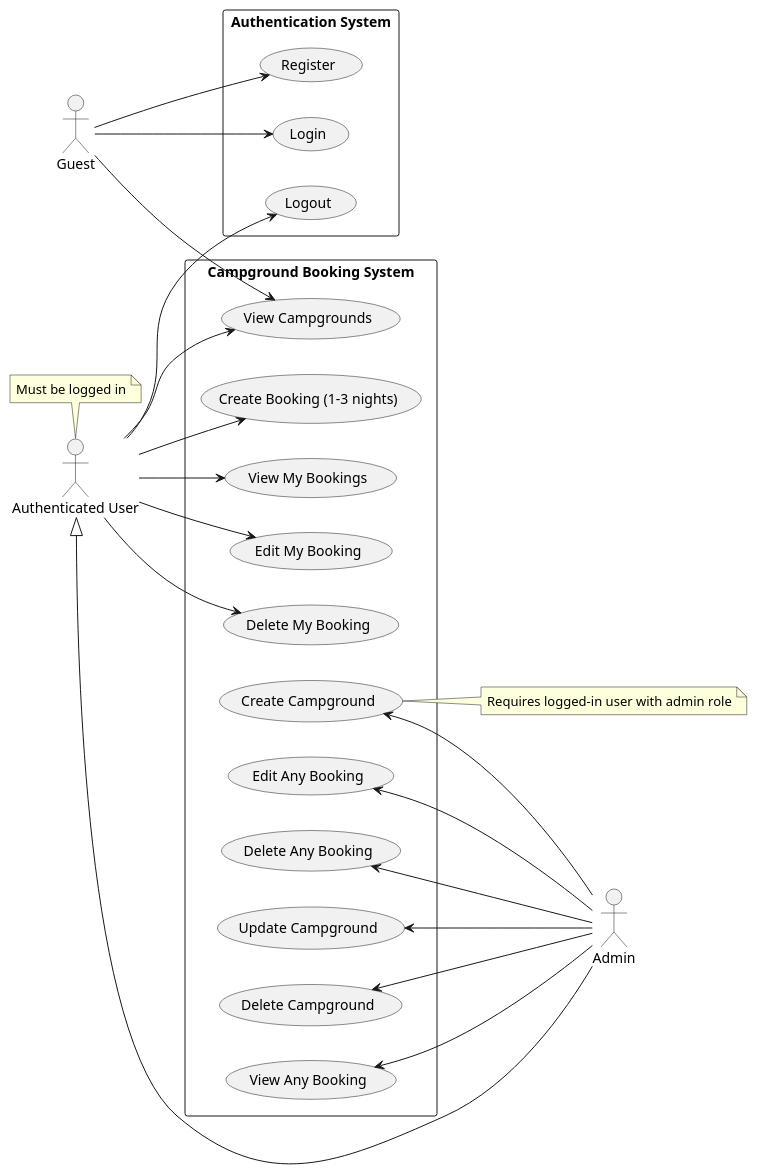
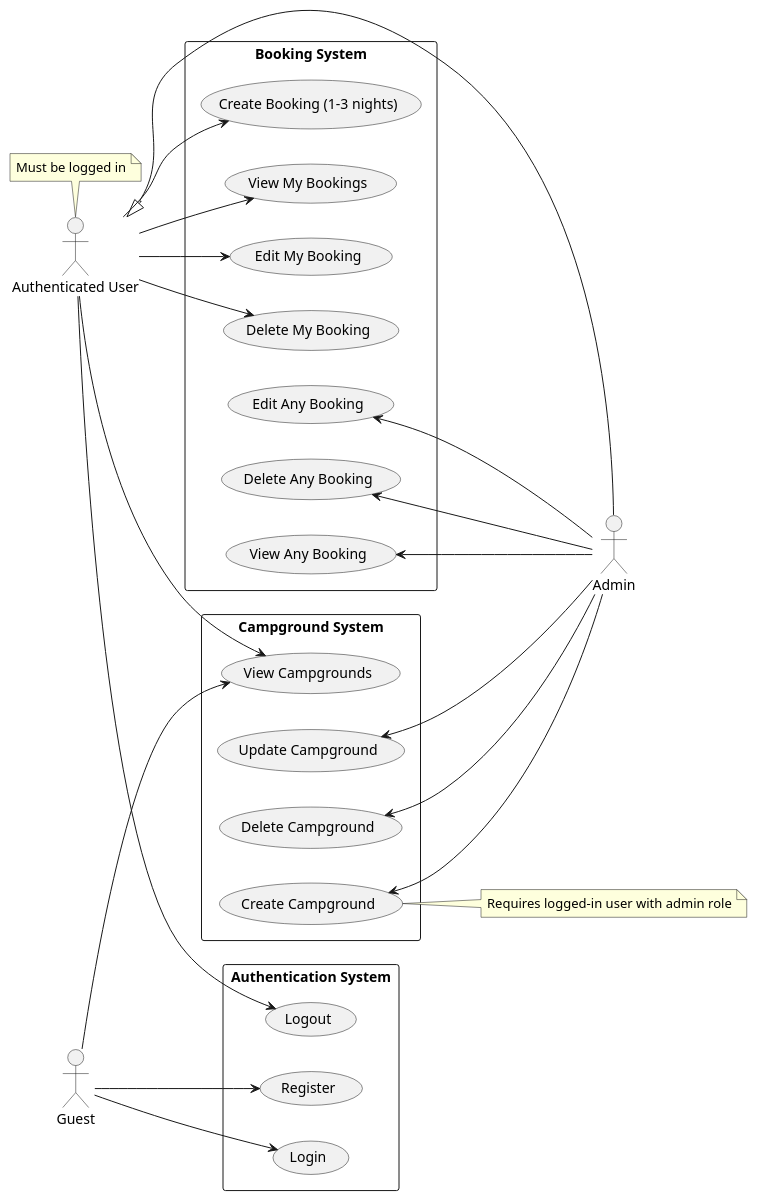
Before and after one commit to 2110503-CEDT68/be-project-68-sleepnpray: the diagram in diagrams/usecase.puml, drawn with PlantUML. The commit also changed 8 other files, not shown here.

```diff
--- a/diagrams/usecase.puml
+++ b/diagrams/usecase.puml
@@ -1,66 +1,66 @@
 @startuml
 left to right direction
 
 actor Guest
 actor "Authenticated User" as AuthenticatedUser
 actor Admin
 
 rectangle "Authentication System" {
     usecase "Register" as UC_Register
     usecase "Login" as UC_Login
     usecase "Logout" as UC_Logout
 }
 
-rectangle "Campground Booking System" {
+rectangle "Campground System" {
+    usecase "View Campgrounds" as UC_ViewCampgrounds
 
-    
+    usecase "Create Campground" as UC_CreateCampground
+    usecase "Update Campground" as UC_UpdateCampground
+    usecase "Delete Campground" as UC_DeleteCampground
 
-    usecase "View Campgrounds" as UC_ViewCampgrounds
+}
+rectangle "Booking System" {
 
     usecase "Create Booking (1-3 nights)" as UC_CreateBooking
     usecase "View My Bookings" as UC_ViewMyBookings
     usecase "Edit My Booking" as UC_EditMyBooking
     usecase "Delete My Booking" as UC_DeleteMyBooking
-
-    usecase "Create Campground" as UC_CreateCampground
-    usecase "Update Campground" as UC_UpdateCampground
-    usecase "Delete Campground" as UC_DeleteCampground
 
     usecase "View Any Booking" as UC_ViewAnyBooking
     usecase "Edit Any Booking" as UC_EditAnyBooking
     usecase "Delete Any Booking" as UC_DeleteAnyBooking
 }
 
 ' Guest actions
 Guest --> UC_Register
 Guest --> UC_Login
 Guest --> UC_ViewCampgrounds
 
 AuthenticatedUser <|-- Admin
 
 ' Authenticated User actions
 AuthenticatedUser --> UC_Logout
 AuthenticatedUser --> UC_ViewCampgrounds
 AuthenticatedUser --> UC_CreateBooking
 AuthenticatedUser --> UC_ViewMyBookings
 AuthenticatedUser --> UC_EditMyBooking
 AuthenticatedUser --> UC_DeleteMyBooking
 
 ' Admin actions
 UC_CreateCampground <-- Admin
 UC_UpdateCampground <-- Admin 
 UC_DeleteCampground <-- Admin
 UC_ViewAnyBooking <-- Admin
 UC_EditAnyBooking <-- Admin
 UC_DeleteAnyBooking <-- Admin
 
 ' Include relationships
 note top of AuthenticatedUser
   Must be logged in
 end note
 
 note right of UC_CreateCampground
   Requires logged-in user with admin role
 end note
 
 @enduml
```
